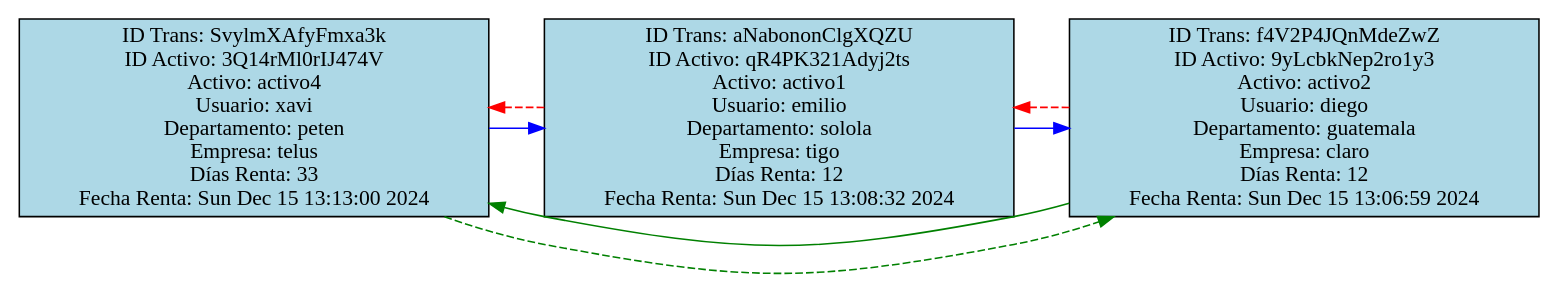
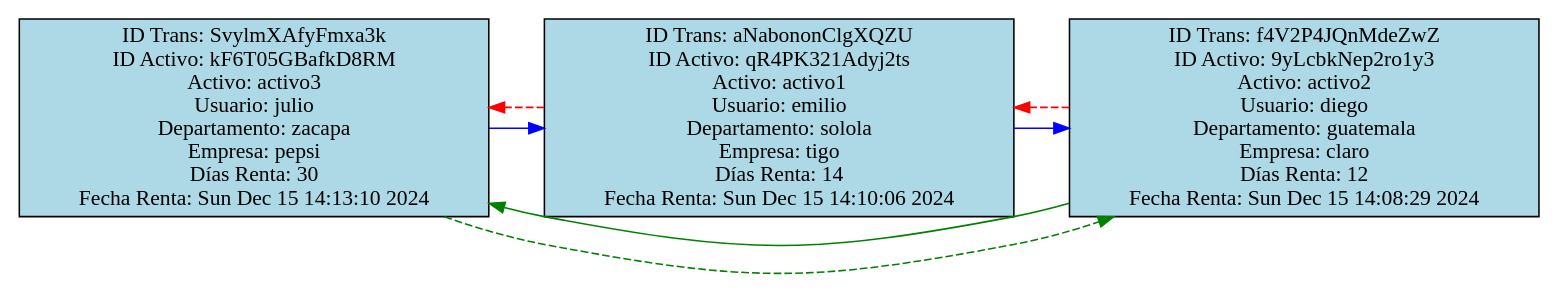
Before and after one commit to DavidVelasquez77/EDD_PROYECTO1: the diagram in output/reporte_transacciones.dot, drawn with Graphviz. The commit also changed 4 other files, not shown here.

```diff
--- a/output/reporte_transacciones.dot
+++ b/output/reporte_transacciones.dot
@@ -1,16 +1,16 @@
 digraph ListaTransacciones {
     rankdir=LR;
     node [shape=record, style=filled, fillcolor=lightblue];
-    nodo0 [label="{ID Trans: SvylmXAfyFmxa3k\nID Activo: 3Q14rMl0rIJ474V\nActivo: activo4\nUsuario: xavi\nDepartamento: peten\nEmpresa: telus\nDías Renta: 33\nFecha Renta: Sun Dec 15 13:13:00 2024
+    nodo0 [label="{ID Trans: SvylmXAfyFmxa3k\nID Activo: kF6T05GBafkD8RM\nActivo: activo3\nUsuario: julio\nDepartamento: zacapa\nEmpresa: pepsi\nDías Renta: 30\nFecha Renta: Sun Dec 15 14:13:10 2024
 }"];
-    nodo1 [label="{ID Trans: aNabononClgXQZU\nID Activo: qR4PK321Adyj2ts\nActivo: activo1\nUsuario: emilio\nDepartamento: solola\nEmpresa: tigo\nDías Renta: 12\nFecha Renta: Sun Dec 15 13:08:32 2024
+    nodo1 [label="{ID Trans: aNabononClgXQZU\nID Activo: qR4PK321Adyj2ts\nActivo: activo1\nUsuario: emilio\nDepartamento: solola\nEmpresa: tigo\nDías Renta: 14\nFecha Renta: Sun Dec 15 14:10:06 2024
 }"];
     nodo0 -> nodo1 [color=blue];
     nodo1 -> nodo0 [color=red, style=dashed];
-    nodo2 [label="{ID Trans: f4V2P4JQnMdeZwZ\nID Activo: 9yLcbkNep2ro1y3\nActivo: activo2\nUsuario: diego\nDepartamento: guatemala\nEmpresa: claro\nDías Renta: 12\nFecha Renta: Sun Dec 15 13:06:59 2024
+    nodo2 [label="{ID Trans: f4V2P4JQnMdeZwZ\nID Activo: 9yLcbkNep2ro1y3\nActivo: activo2\nUsuario: diego\nDepartamento: guatemala\nEmpresa: claro\nDías Renta: 12\nFecha Renta: Sun Dec 15 14:08:29 2024
 }"];
     nodo1 -> nodo2 [color=blue];
     nodo2 -> nodo1 [color=red, style=dashed];
     nodo2 -> nodo0 [color=green, constraint=false];
     nodo0 -> nodo2 [color=green, style=dashed, constraint=false];
 }
```
